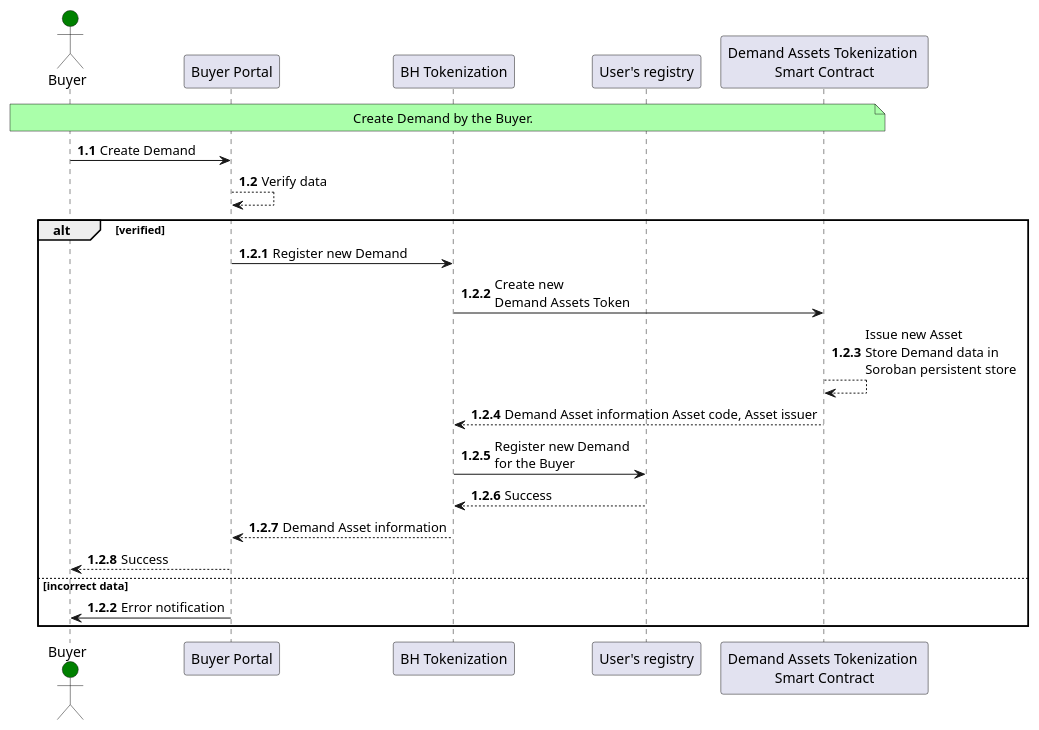
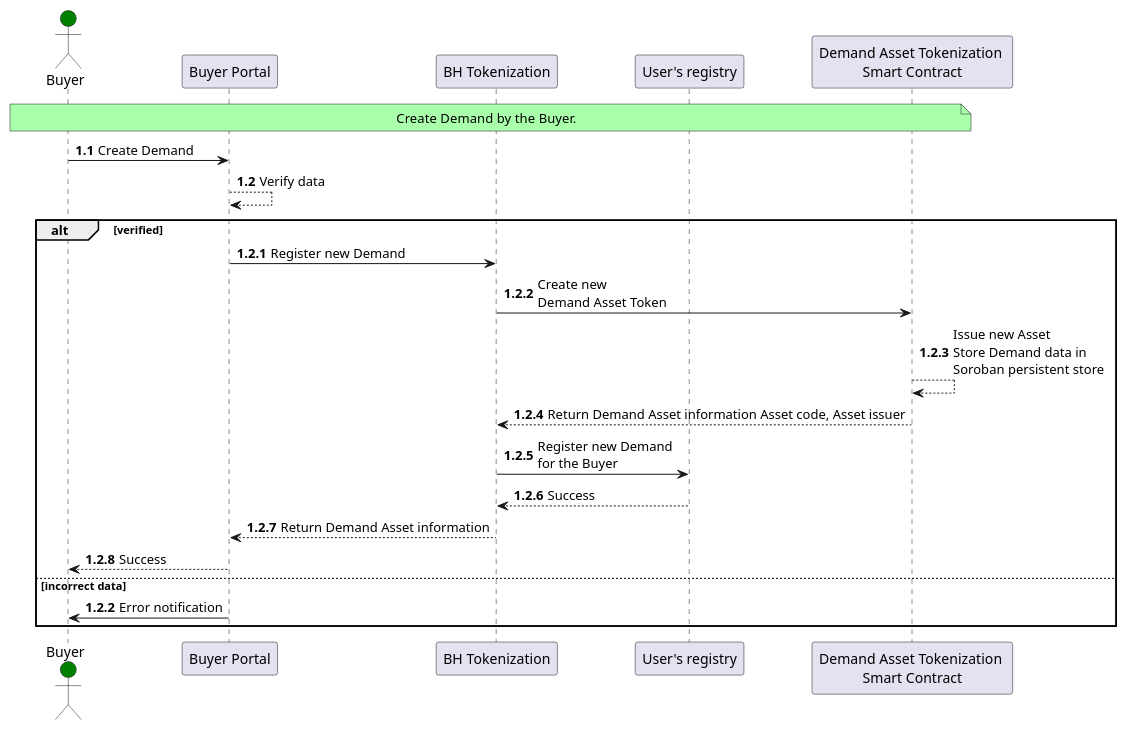
The diagram in uml/BHTokenization_sequence_1.puml (TatarinovIgor/birdhouse-contract), drawn with PlantUML before and after one commit. The commit also changed 7 other files, not shown here.

Commit message:
fixes for diagrams

```diff
--- a/uml/BHTokenization_sequence_1.puml
+++ b/uml/BHTokenization_sequence_1.puml
@@ -1,35 +1,35 @@
 @startuml
 'https://plantuml.com/sequence-diagram
 
 autonumber
 
 actor Buyer as Buyer #green
 
 participant "Buyer Portal" as SystemD
 
 participant "BH Tokenization" as Tokenizer
 participant "User's registry" as Registry
 
-participant "Demand Assets Tokenization \nSmart Contract" as ContractD
+participant "Demand Asset Tokenization \nSmart Contract" as ContractD
 
 note over Buyer, ContractD #AAFFAA: Create Demand by the Buyer.
 
 autonumber 1.1
 Buyer -> SystemD : Create Demand
 SystemD --> SystemD : Verify data
 alt verified
 autonumber 1.2.1
 SystemD -> Tokenizer : Register new Demand
-Tokenizer -> ContractD : Create new\nDemand Assets Token
+Tokenizer -> ContractD : Create new\nDemand Asset Token
 ContractD --> ContractD : Issue new Asset\nStore Demand data in\nSoroban persistent store
-ContractD --> Tokenizer : Demand Asset information Asset code, Asset issuer
+ContractD --> Tokenizer : Return Demand Asset information Asset code, Asset issuer
 Tokenizer -> Registry : Register new Demand\nfor the Buyer
 Registry --> Tokenizer : Success
-Tokenizer --> SystemD : Demand Asset information
+Tokenizer --> SystemD : Return Demand Asset information
 SystemD --> Buyer : Success
 else incorrect data
 autonumber 1.2.2
 SystemD -> Buyer : Error notification
 end
 
 @enduml
```
